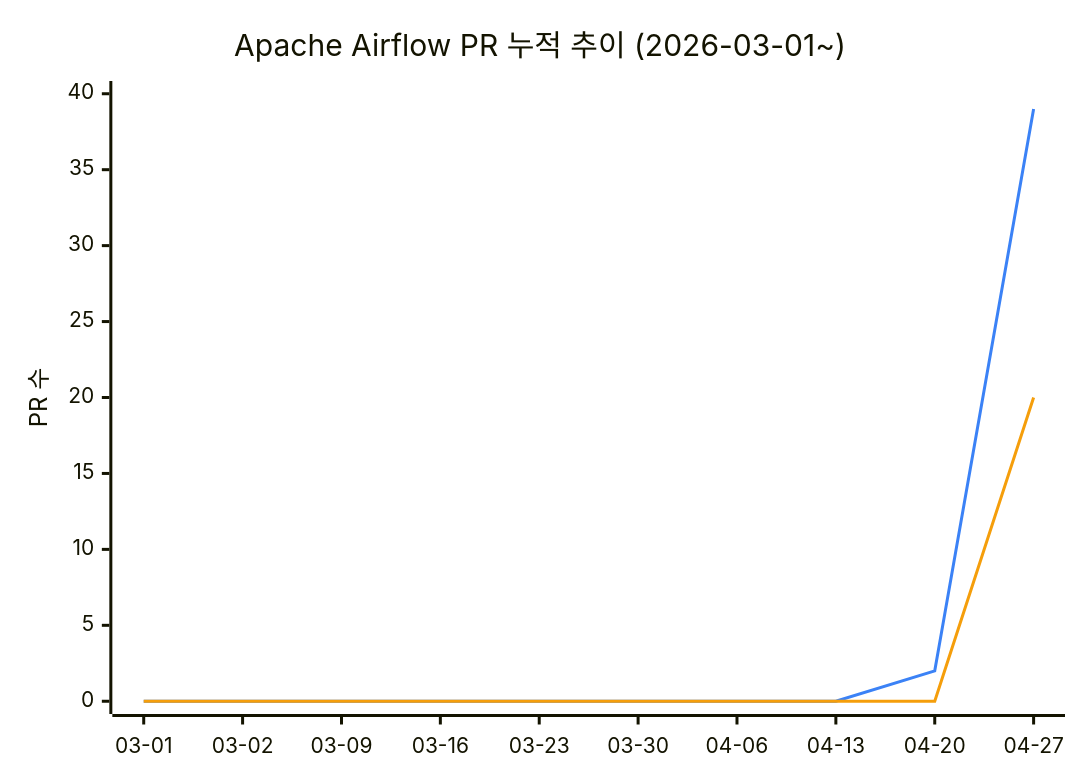
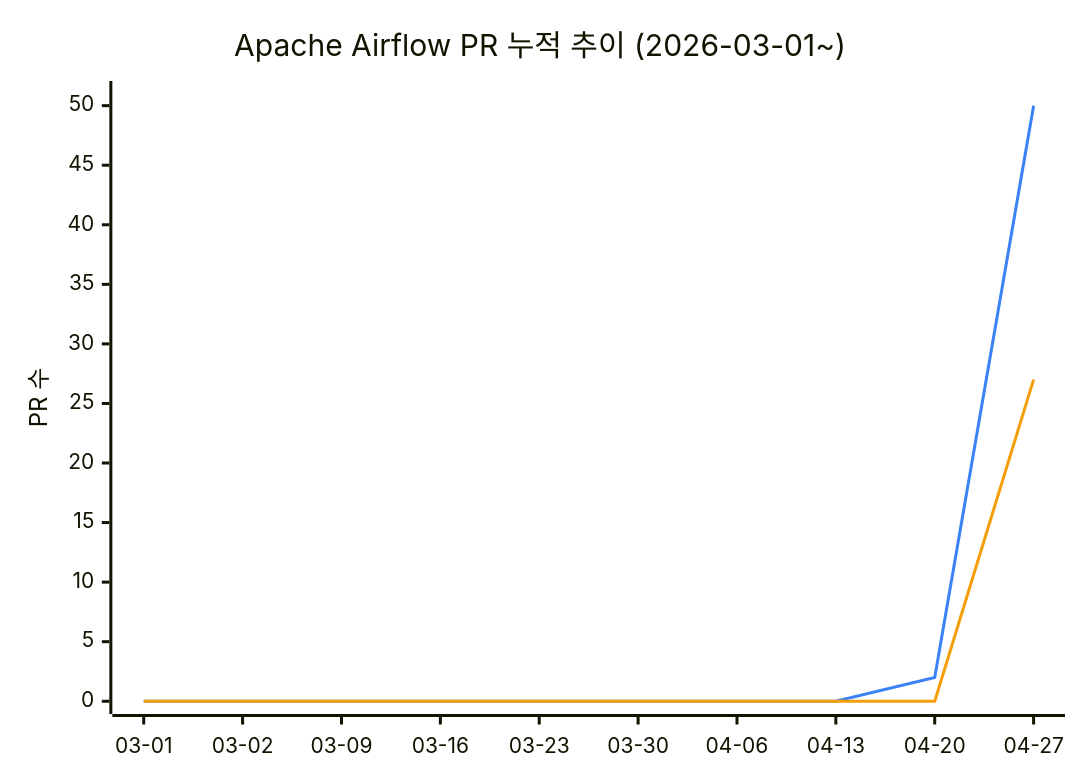
The diagram in README.md (AirflowKorea/ossca), drawn with Mermaid before and after one commit. The commit also changed other lines of this file, not shown here.

````diff
--- a/README.md
+++ b/README.md
@@ -11,9 +11,9 @@
 ```mermaid
 %%{init: {"themeVariables": {"xyChart": {"plotColorPalette": "#3b82f6, #f59e0b"}}}}%%
 xychart-beta
     title "Apache Airflow PR 누적 추이 (2026-03-01~)"
     x-axis ["03-01", "03-02", "03-09", "03-16", "03-23", "03-30", "04-06", "04-13", "04-20", "04-27"]
-    y-axis "PR 수" 0 --> 40
-    line [0, 0, 0, 0, 0, 0, 0, 0, 2, 39]
-    line [0, 0, 0, 0, 0, 0, 0, 0, 0, 20]
+    y-axis "PR 수" 0 --> 51
+    line [0, 0, 0, 0, 0, 0, 0, 0, 2, 50]
+    line [0, 0, 0, 0, 0, 0, 0, 0, 0, 27]
 ```
````
